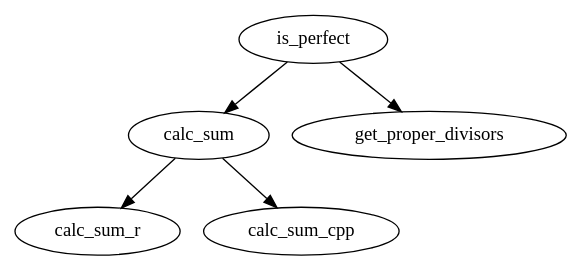
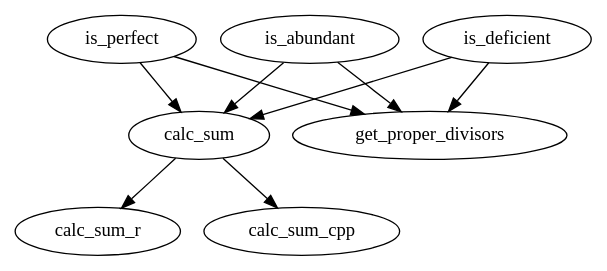
One commit to richelbilderbeek/collaboration_in_r changed the diagram in lesson_3.dot. Above: the diagram before and after it, drawn with Graphviz. The commit also changed 2 other files, not shown here.

```diff
--- a/lesson_3.dot
+++ b/lesson_3.dot
@@ -1,6 +1,10 @@
 digraph G {
 calc_sum->calc_sum_r ;
 calc_sum->calc_sum_cpp ;
 is_perfect->calc_sum ;
 is_perfect->get_proper_divisors ;
+is_abundant->calc_sum ;
+is_abundant->get_proper_divisors ;
+is_deficient->calc_sum ;
+is_deficient->get_proper_divisors ;
 }
```
